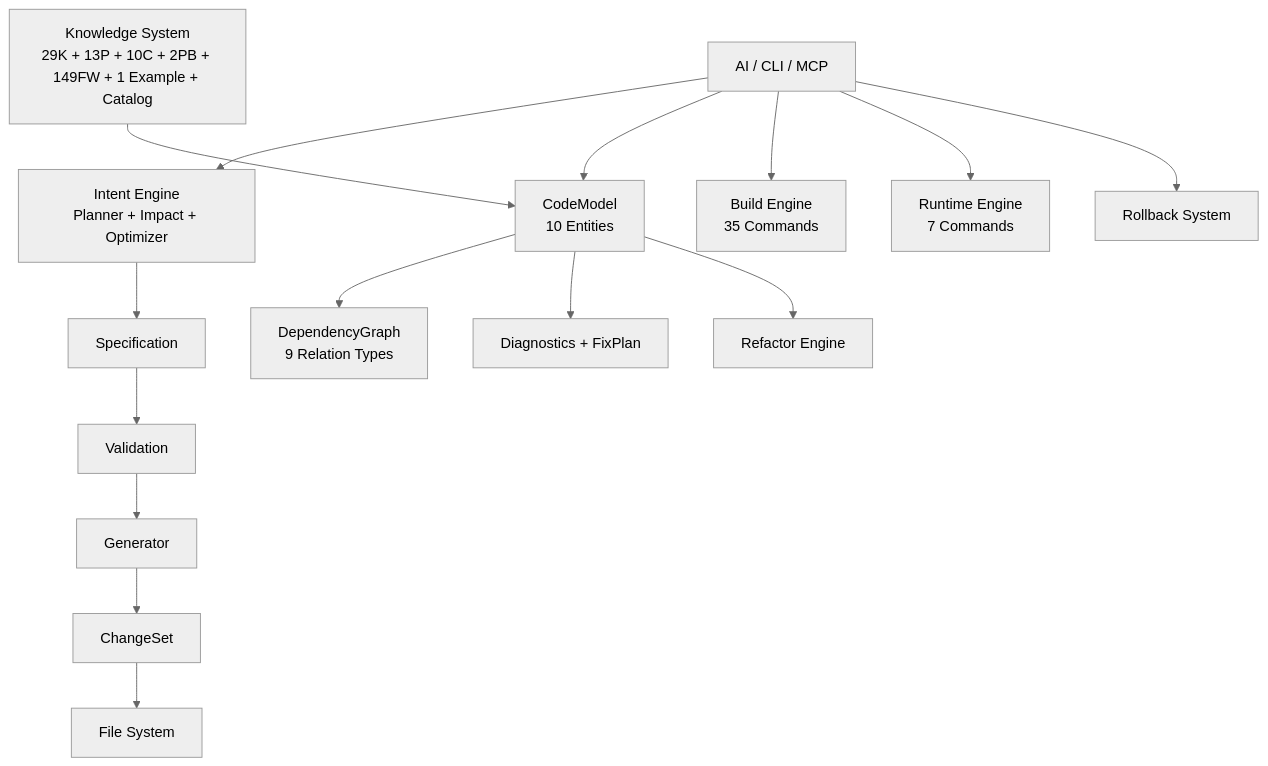
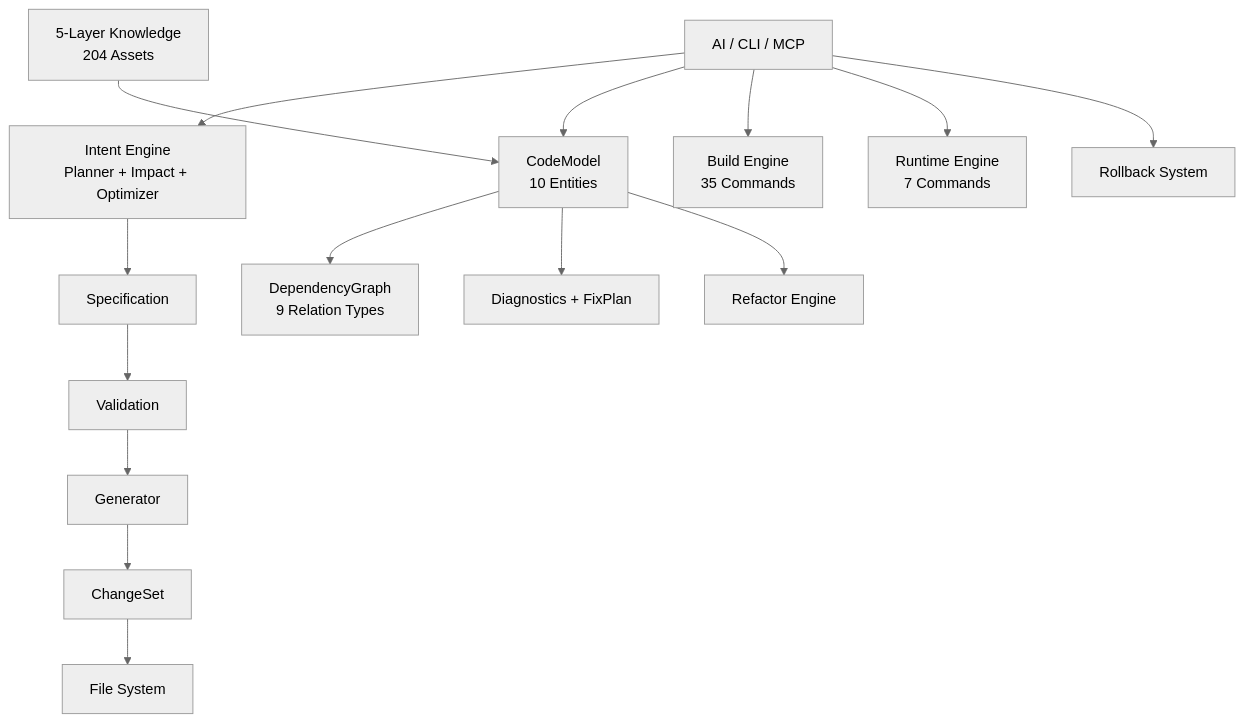
Before and after one commit to chenlei-gh/CADE: the diagram in README.md, drawn with Mermaid (neutral theme). The commit also changed other lines of this file and 7 other files, not shown here.

Commit message:
Bump version 2.1.0→2.2.0: 5-layer architecture, 204 assets, new CHANGELOG entry, updated architecture diagram

````diff
--- a/README.md
+++ b/README.md
@@ -249,20 +267,20 @@
 ```mermaid
 graph TD
     A[AI / CLI / MCP] --> P[Intent Engine<br/>Planner + Impact + Optimizer]
     P --> B[Specification]
     B --> C[Validation]
     C --> D[Generator]
     D --> E[ChangeSet]
     E --> F[File System]
 
     A --> G[CodeModel<br/>10 Entities]
     G --> H[DependencyGraph<br/>9 Relation Types]
     G --> I[Diagnostics + FixPlan]
     G --> J[Refactor Engine]
 
     A --> K[Build Engine<br/>35 Commands]
     A --> L[Runtime Engine<br/>7 Commands]
     A --> M[Rollback System]
 
-    N[Knowledge System<br/>29K + 13P + 10C + 2PB + 149FW + 1 Example + Catalog] --> G
+    N[5-Layer Knowledge<br/>204 Assets] --> G
 ```
````
